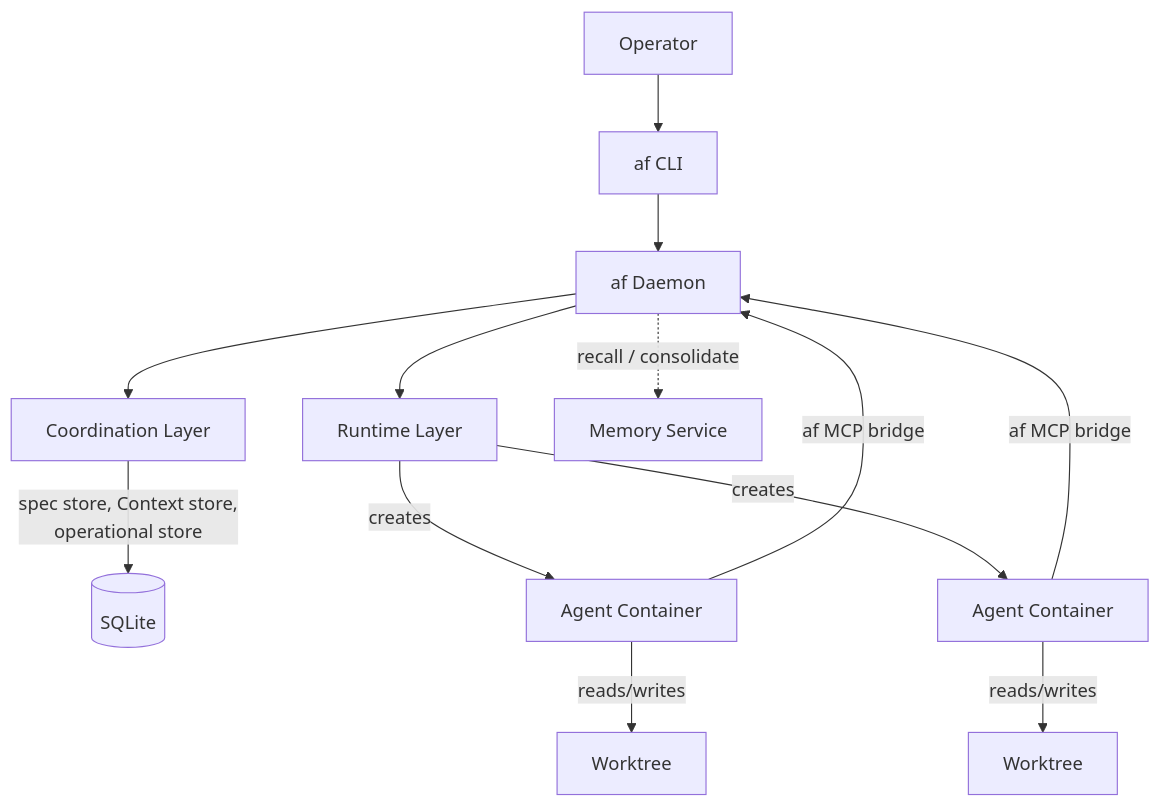
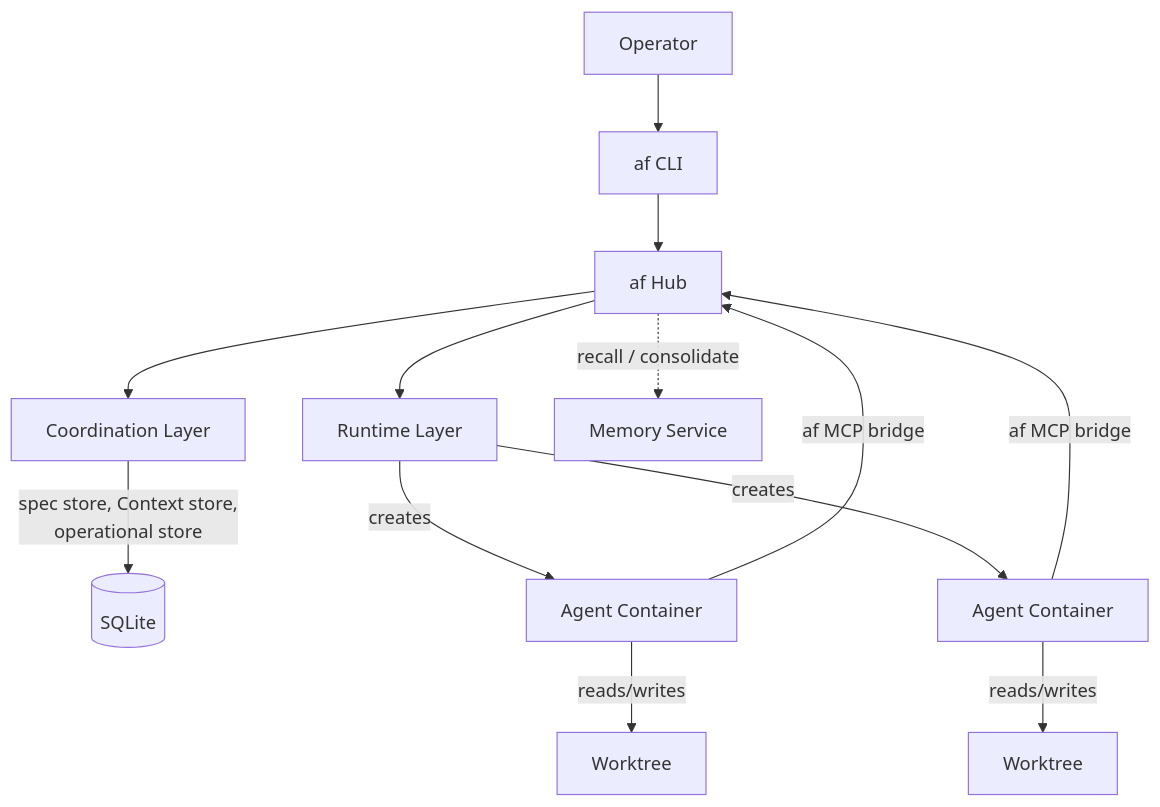
Before and after one commit to agent-fox-dev/specs: the diagram in README.md, drawn with Mermaid. The commit also changed other lines of this file and 3 other files, not shown here.

Commit message:
docs: rename af daemon to af hub across all specs

````diff
--- a/README.md
+++ b/README.md
@@ -24,15 +24,15 @@
 ```mermaid
 graph TD
     OP[Operator] --> CLI[af CLI]
-    CLI --> D[af Daemon]
+    CLI --> D[af Hub]
     D --> CL[Coordination Layer]
     D --> RL[Runtime Layer]
     CL -->|spec store, Context store,<br/>operational store| DB[(SQLite)]
     RL -->|creates| C1[Agent Container]
     RL -->|creates| C2[Agent Container]
     C1 -->|af MCP bridge| D
     C2 -->|af MCP bridge| D
     C1 -->|reads/writes| WT1[Worktree]
     C2 -->|reads/writes| WT2[Worktree]
     D -.->|recall / consolidate| MS[Memory Service]
 ```
````
